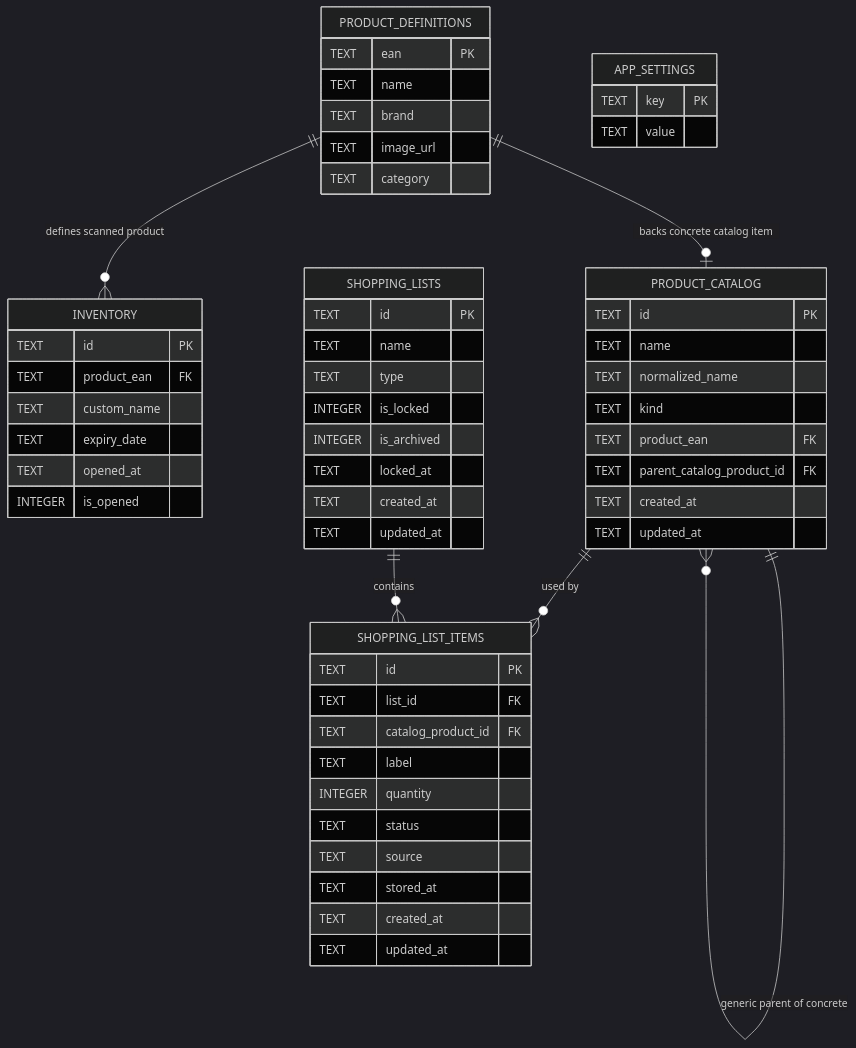
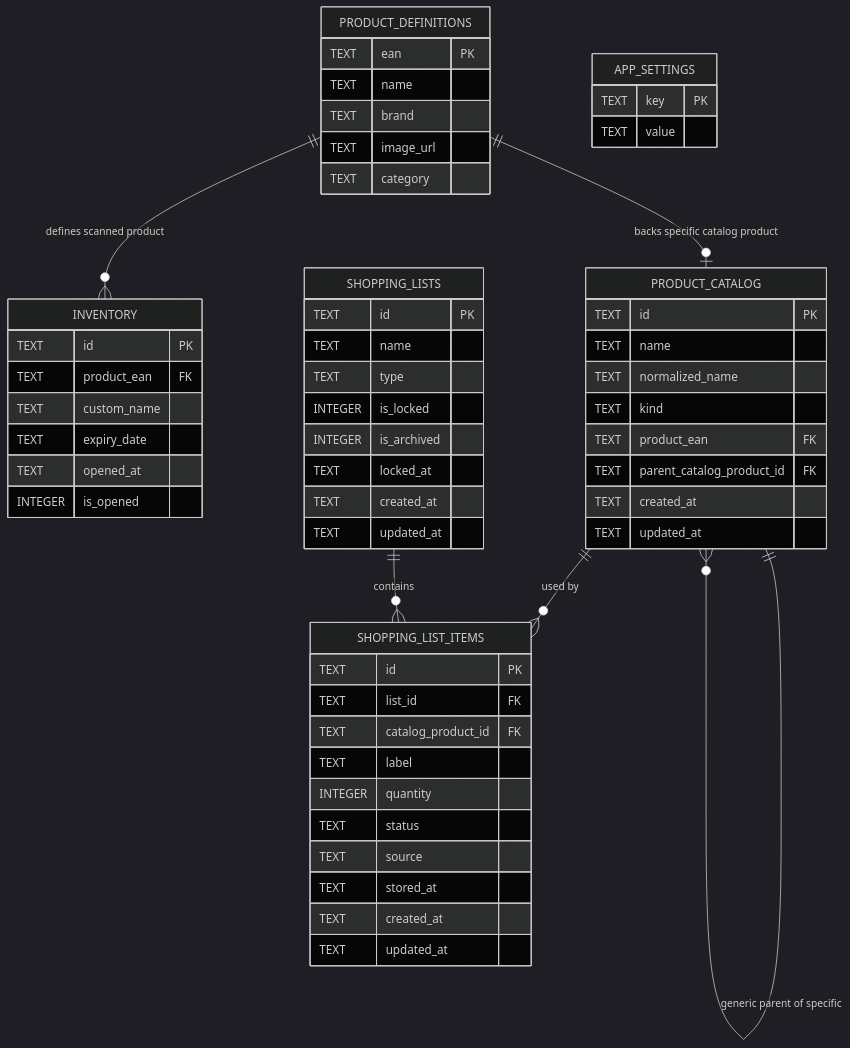
The diagram in docs/db/schema.md (nazwa-zespolu/ShelfChef), drawn with Mermaid (dark theme) before and after one commit. The commit also changed other lines of this file and 5 other files, not shown here.

````diff
--- a/docs/db/schema.md
+++ b/docs/db/schema.md
@@ -4,67 +4,67 @@
 ```mermaid
 erDiagram
     PRODUCT_DEFINITIONS {
         TEXT ean PK
         TEXT name
         TEXT brand
         TEXT image_url
         TEXT category
     }
 
     INVENTORY {
         TEXT id PK
         TEXT product_ean FK
         TEXT custom_name
         TEXT expiry_date
         TEXT opened_at
         INTEGER is_opened
     }
 
     APP_SETTINGS {
         TEXT key PK
         TEXT value
     }
 
     PRODUCT_CATALOG {
         TEXT id PK
         TEXT name
         TEXT normalized_name
         TEXT kind
         TEXT product_ean FK
         TEXT parent_catalog_product_id FK
         TEXT created_at
         TEXT updated_at
     }
 
     SHOPPING_LISTS {
         TEXT id PK
         TEXT name
         TEXT type
         INTEGER is_locked
         INTEGER is_archived
         TEXT locked_at
         TEXT created_at
         TEXT updated_at
     }
 
     SHOPPING_LIST_ITEMS {
         TEXT id PK
         TEXT list_id FK
         TEXT catalog_product_id FK
         TEXT label
         INTEGER quantity
         TEXT status
         TEXT source
         TEXT stored_at
         TEXT created_at
         TEXT updated_at
     }
 
     PRODUCT_DEFINITIONS ||--o{ INVENTORY : "defines scanned product"
-    PRODUCT_DEFINITIONS ||--o| PRODUCT_CATALOG : "backs concrete catalog item"
+    PRODUCT_DEFINITIONS ||--o| PRODUCT_CATALOG : "backs specific catalog product"
 
     PRODUCT_CATALOG ||--o{ SHOPPING_LIST_ITEMS : "used by"
-    PRODUCT_CATALOG ||--o{ PRODUCT_CATALOG : "generic parent of concrete"
+    PRODUCT_CATALOG ||--o{ PRODUCT_CATALOG : "generic parent of specific"
 
     SHOPPING_LISTS ||--o{ SHOPPING_LIST_ITEMS : "contains"
 ```
````
